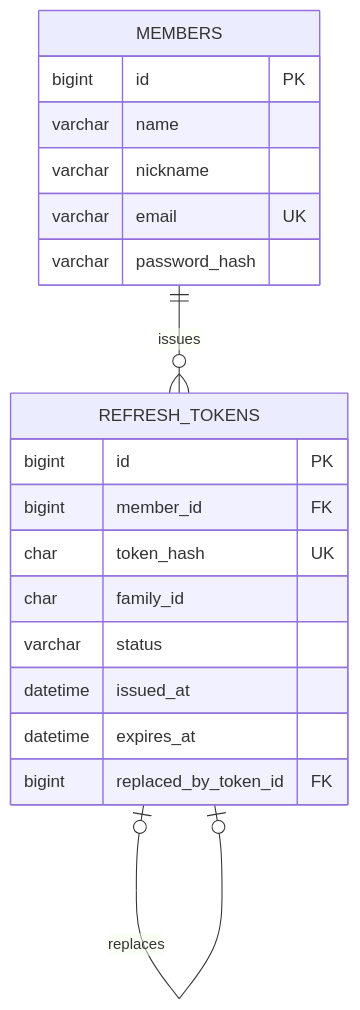
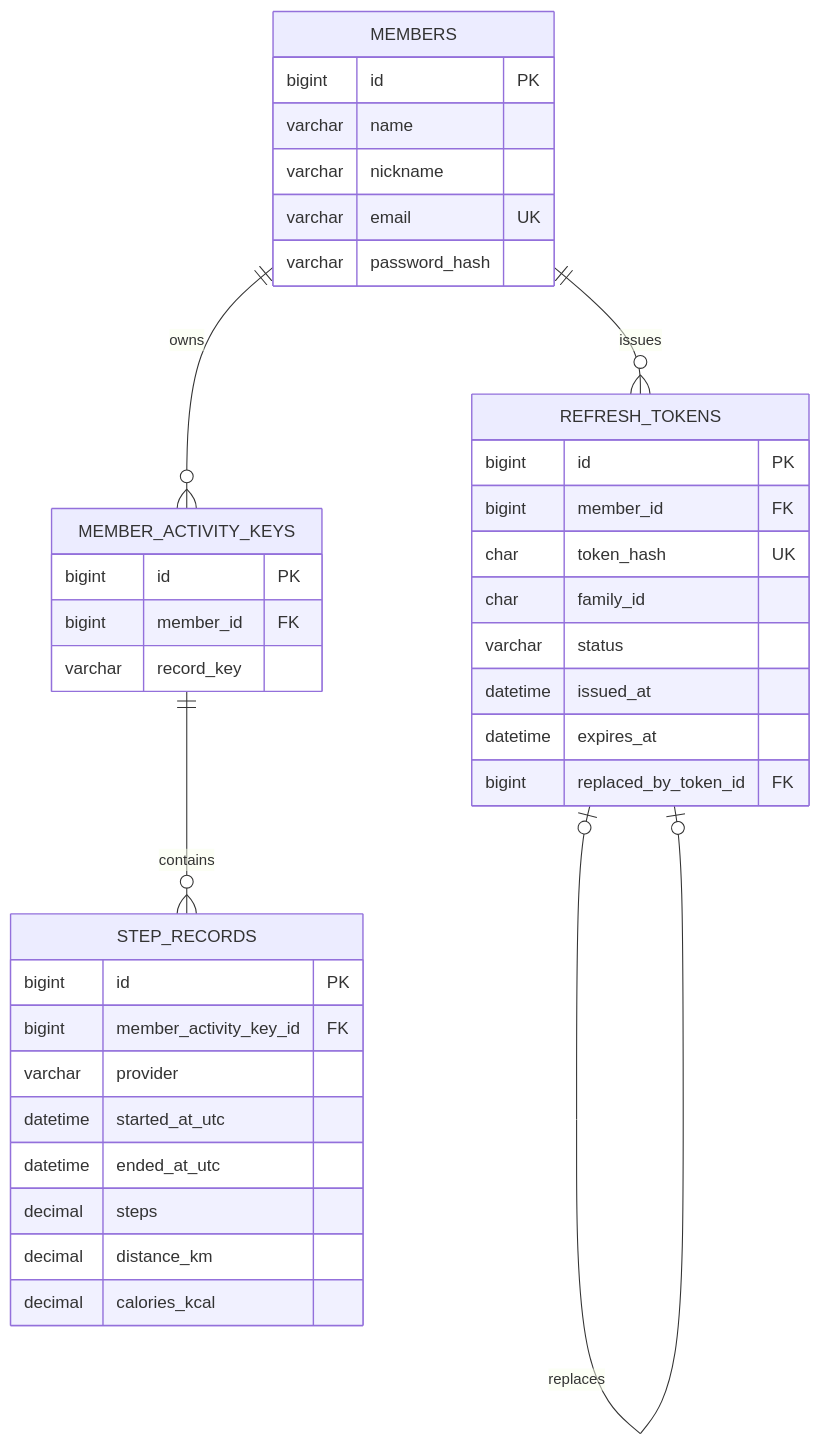
Before and after one commit to abcshc/wellness-activity-service: the diagram in docs/data-model.md, drawn with Mermaid. The commit also changed other lines of this file and 8 other files, not shown here.

````diff
--- a/docs/data-model.md
+++ b/docs/data-model.md
@@ -7,22 +7,39 @@
 ```mermaid
 erDiagram
     MEMBERS {
         bigint id PK
         varchar name
         varchar nickname
         varchar email UK
         varchar password_hash
     }
     REFRESH_TOKENS {
         bigint id PK
         bigint member_id FK
         char token_hash UK
         char family_id
         varchar status
         datetime issued_at
         datetime expires_at
         bigint replaced_by_token_id FK
     }
+    MEMBER_ACTIVITY_KEYS {
+        bigint id PK
+        bigint member_id FK
+        varchar record_key
+    }
+    STEP_RECORDS {
+        bigint id PK
+        bigint member_activity_key_id FK
+        varchar provider
+        datetime started_at_utc
+        datetime ended_at_utc
+        decimal steps
+        decimal distance_km
+        decimal calories_kcal
+    }
     MEMBERS ||--o{ REFRESH_TOKENS : issues
     REFRESH_TOKENS o|--o| REFRESH_TOKENS : replaces
+    MEMBERS ||--o{ MEMBER_ACTIVITY_KEYS : owns
+    MEMBER_ACTIVITY_KEYS ||--o{ STEP_RECORDS : contains
 ```
````
